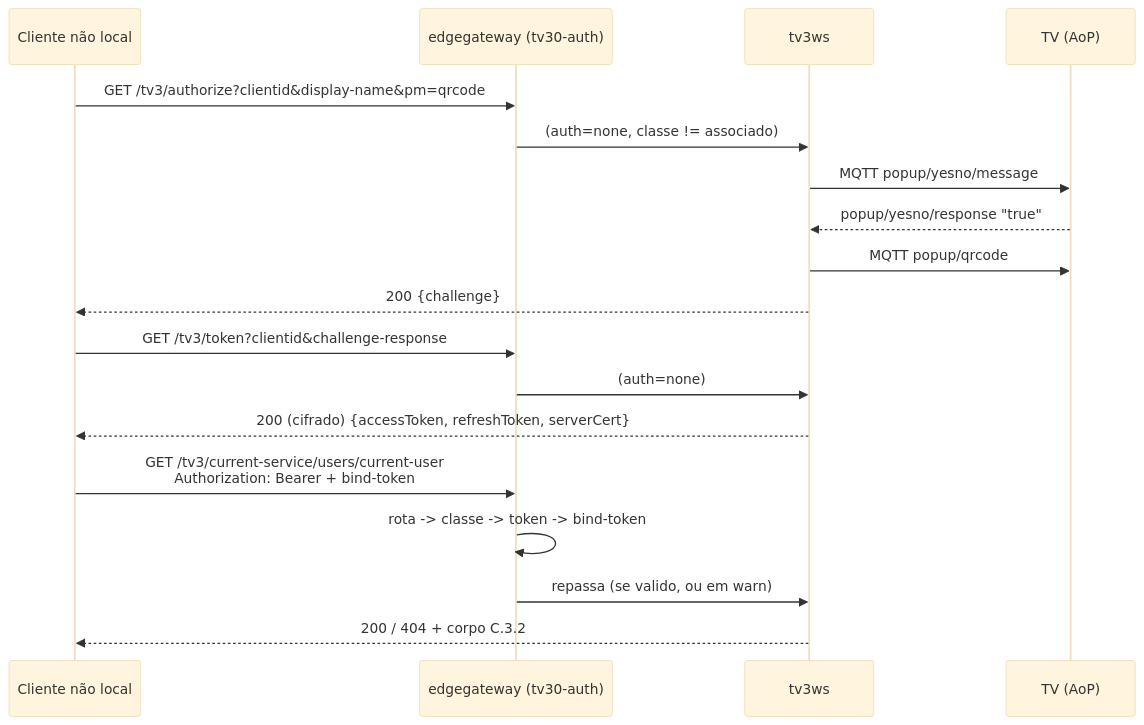
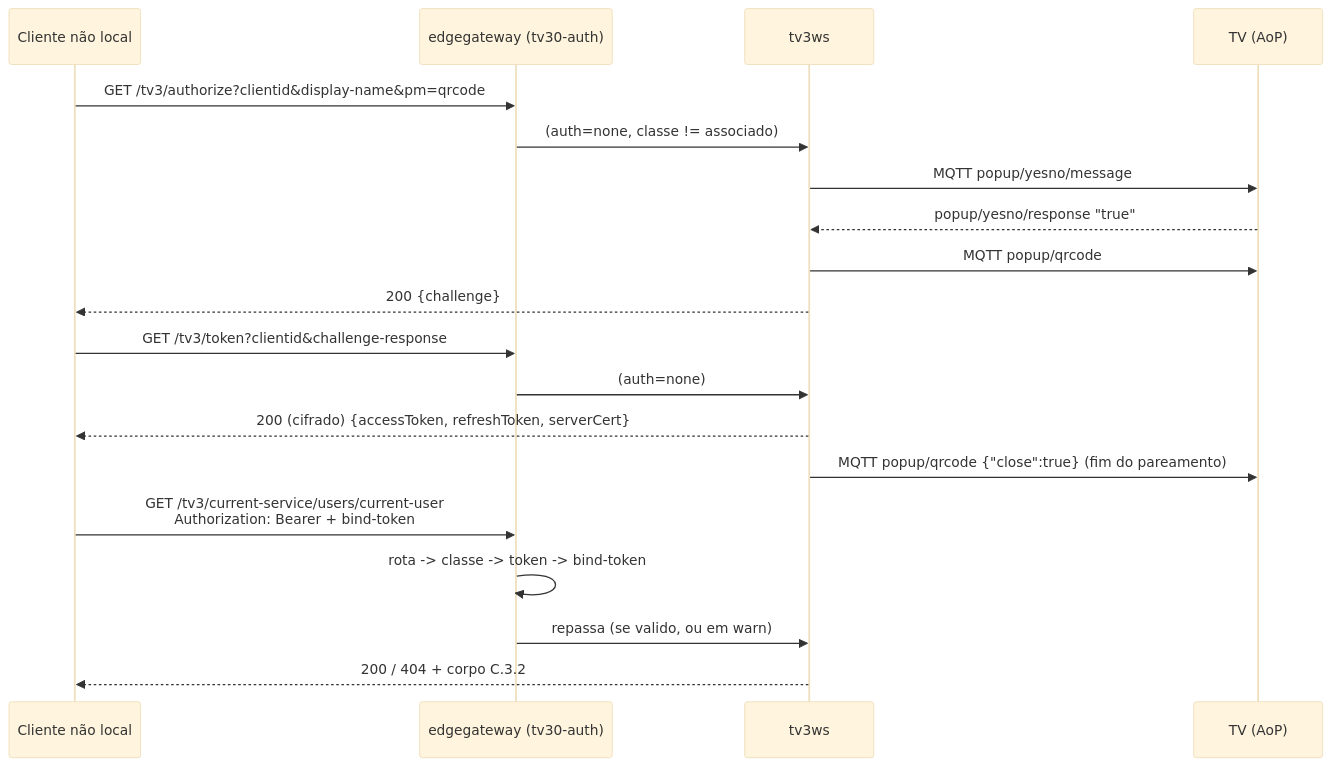
One commit to multisens/Infra changed the first of 3 diagrams in docs/05-autenticacao.md. Above: the diagram before and after it, drawn with Mermaid (base theme). The commit also changed other lines of this file and 25 other files, not shown here.

````diff
--- a/docs/05-autenticacao.md
+++ b/docs/05-autenticacao.md
@@ -78,21 +83,22 @@
 ```mermaid
 sequenceDiagram
     participant C as Cliente não local
     participant E as edgegateway (tv30-auth)
     participant T as tv3ws
     participant TV as TV (AoP)
 
     C->>E: GET /tv3/authorize?clientid&display-name&pm=qrcode
     E->>T: (auth=none, classe != associado)
     T->>TV: MQTT popup/yesno/message
     TV-->>T: popup/yesno/response "true"
     T->>TV: MQTT popup/qrcode
     T-->>C: 200 {challenge}
     C->>E: GET /tv3/token?clientid&challenge-response
     E->>T: (auth=none)
     T-->>C: 200 (cifrado) {accessToken, refreshToken, serverCert}
+    T->>TV: MQTT popup/qrcode {"close":true} (fim do pareamento)
     C->>E: GET /tv3/current-service/users/current-user<br/>Authorization: Bearer + bind-token
     E->>E: rota -> classe -> token -> bind-token
     E->>T: repassa (se valido, ou em warn)
     T-->>C: 200 / 404 + corpo C.3.2
 ```
````
